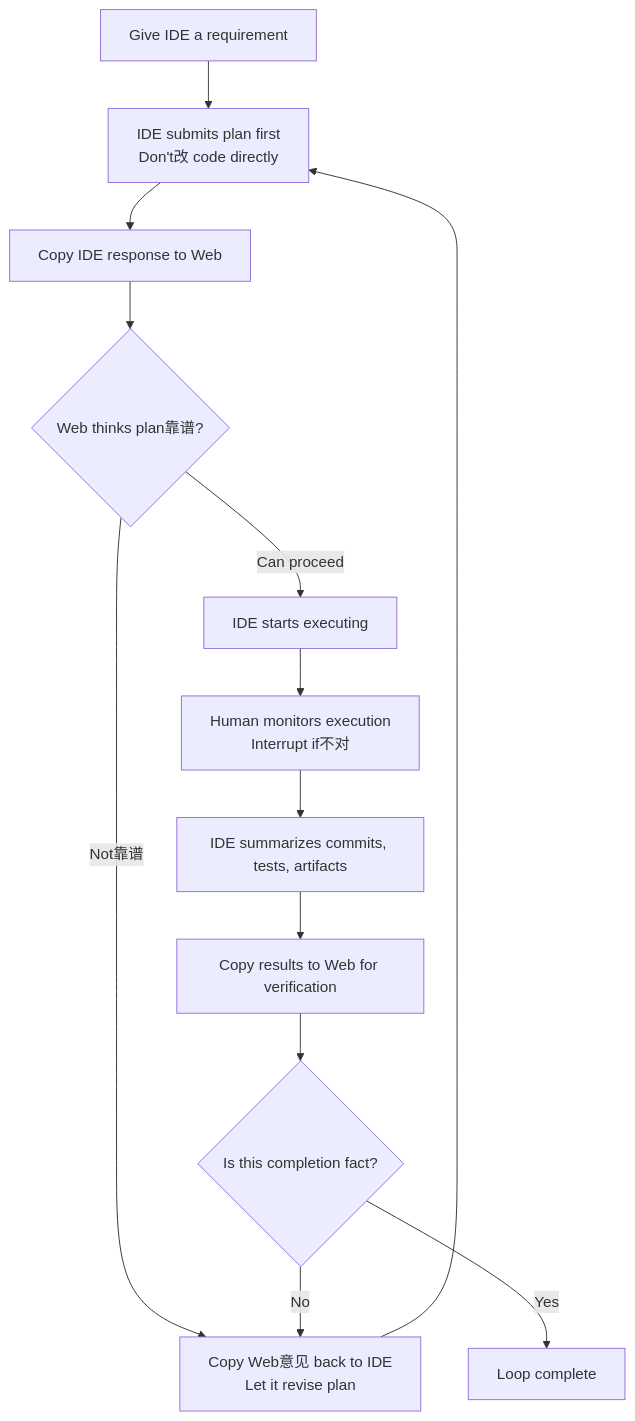
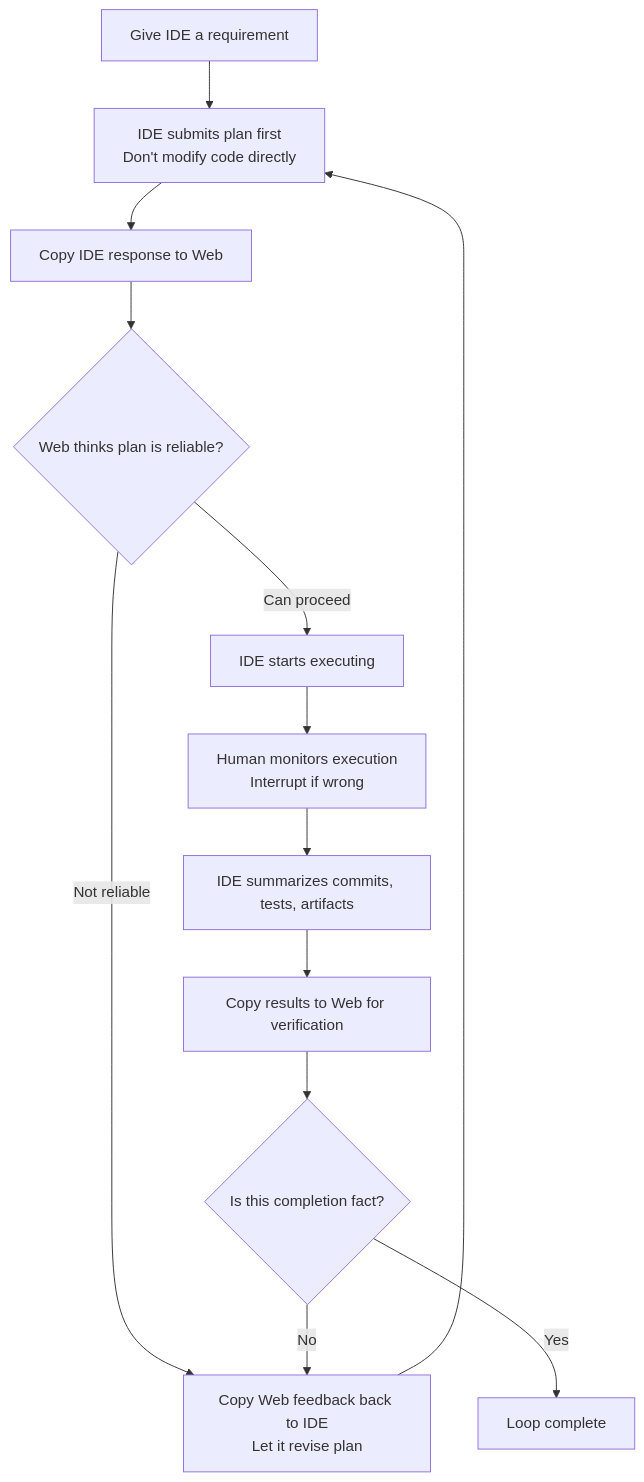
Before and after one commit to blackzhanzhan/Cyber-Ming-Protocol: the diagram in wiki-en/02-how/minimal-loop.md, drawn with Mermaid. The commit also changed other lines of this file and 8 other files, not shown here.

````diff
--- a/wiki-en/02-how/minimal-loop.md
+++ b/wiki-en/02-how/minimal-loop.md
@@ -39,15 +39,15 @@
 ```mermaid
 flowchart TD
-    A[Give IDE a requirement] --> B[IDE submits plan first<br/>Don't改 code directly]
+    A[Give IDE a requirement] --> B[IDE submits plan first<br/>Don't modify code directly]
     B --> C[Copy IDE response to Web]
-    C --> D{Web thinks plan靠谱?}
-    D -- Not靠谱 --> E[Copy Web意见 back to IDE<br/>Let it revise plan]
+    C --> D{Web thinks plan is reliable?}
+    D -- Not reliable --> E[Copy Web feedback back to IDE<br/>Let it revise plan]
     E --> B
     D -- Can proceed --> F[IDE starts executing]
-    F --> G[Human monitors execution<br/>Interrupt if不对]
+    F --> G[Human monitors execution<br/>Interrupt if wrong]
     G --> H[IDE summarizes commits, tests, artifacts]
     H --> I[Copy results to Web for verification]
     I --> J{Is this completion fact?}
     J -- No --> E
     J -- Yes --> K[Loop complete]
 ```
````
